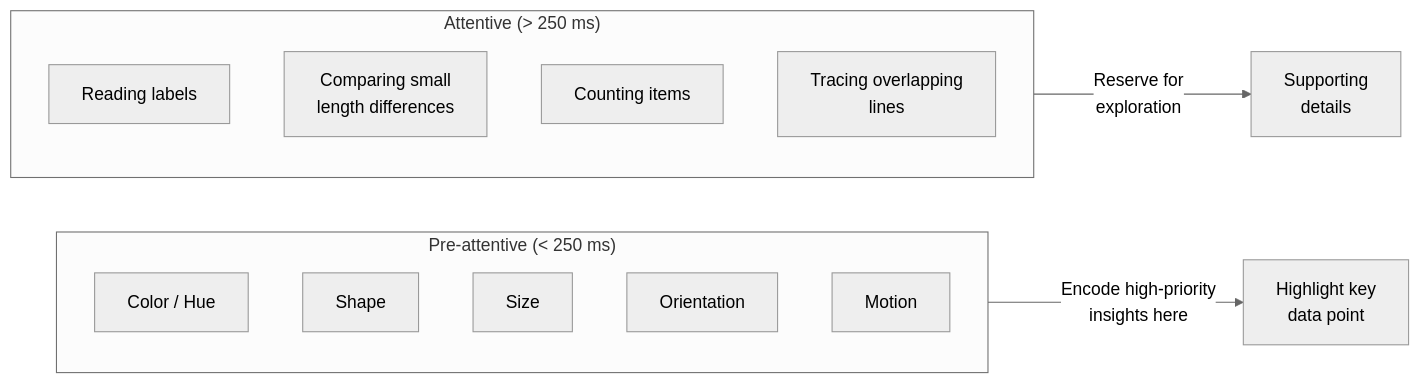
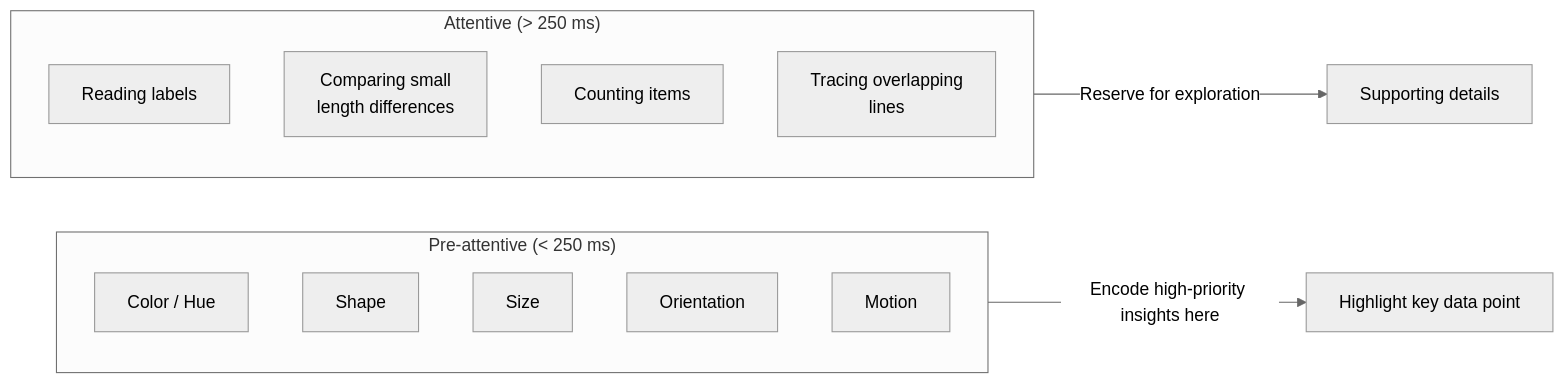
One commit to codebyshennan/dsai changed the first of 2 diagrams in docs/3-data-visualization/3.1-intro-data-viz/visualization-principles.md. Above: the diagram before and after it, drawn with Mermaid (neutral theme). The commit also changed other lines of this file and 3 other files, not shown here.

First line of the commit message:
fix: resolve Mermaid 11 syntax errors and add evolving dataset to 3.1 data prep lesson

````diff
--- a/docs/3-data-visualization/3.1-intro-data-viz/visualization-principles.md
+++ b/docs/3-data-visualization/3.1-intro-data-viz/visualization-principles.md
@@ -47,18 +47,18 @@
 ```mermaid
 graph LR
     subgraph PA["Pre-attentive  (< 250 ms)"]
         P1["Color / Hue"]
         P2["Shape"]
         P3["Size"]
         P4["Orientation"]
         P5["Motion"]
     end
     subgraph AT["Attentive  (> 250 ms)"]
         A1["Reading labels"]
         A2["Comparing small\nlength differences"]
         A3["Counting items"]
         A4["Tracing overlapping\nlines"]
     end
-    PA -->|Encode high-priority\ninsights here| highlight["Highlight key\ndata point"]
-    AT -->|Reserve for\nexploration| detail["Supporting\ndetails"]
+    PA -->|Encode high-priority insights here| highlight["Highlight key data point"]
+    AT -->|Reserve for exploration| detail["Supporting details"]
 ```
````
